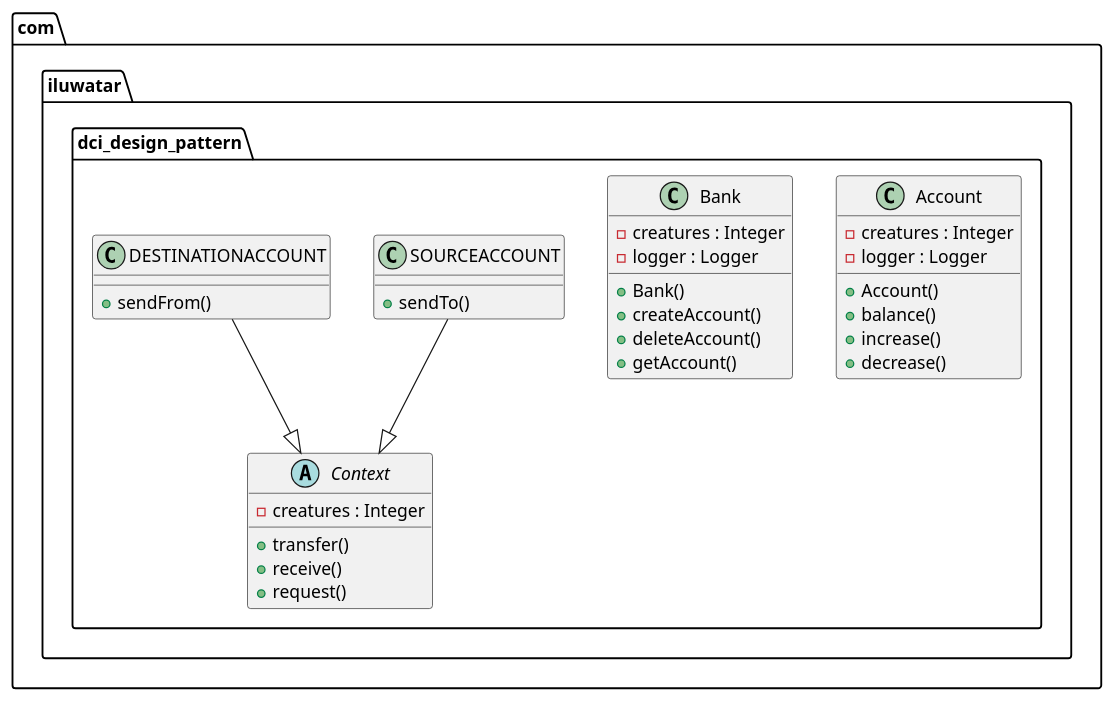
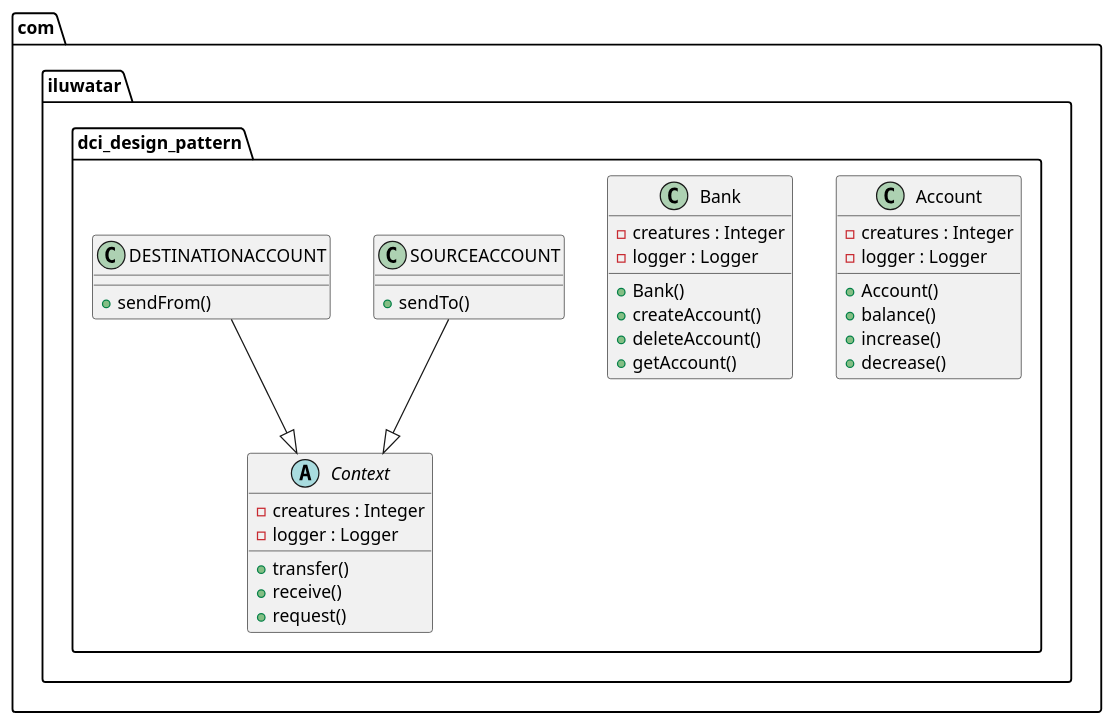
One commit to iluwatar/java-design-patterns changed the diagram in dci_design_pattern/etc/dci_design_pattern.puml. Above: the diagram before and after it, drawn with PlantUML.

```diff
--- a/dci_design_pattern/etc/dci_design_pattern.puml
+++ b/dci_design_pattern/etc/dci_design_pattern.puml
@@ -1,37 +1,38 @@
 @startuml
 package com.iluwatar.dci_design_pattern {
   abstract class Context {
     - creatures : Integer
+    - logger : Logger
     + transfer()
     + receive()
     + request()
   }
   class Account {
     - creatures : Integer
     - logger : Logger
     + Account()
     + balance()
     + increase()
     + decrease()
   }
   class Bank {
     - creatures : Integer
     - logger : Logger
     + Bank()
     + createAccount()
     + deleteAccount()
     + getAccount()
   }
 
   class SOURCEACCOUNT{
     + sendTo()
   }
 
   class DESTINATIONACCOUNT{
     + sendFrom()
   }
 
 }
 SOURCEACCOUNT --|> Context
 DESTINATIONACCOUNT --|> Context
 @enduml
```
